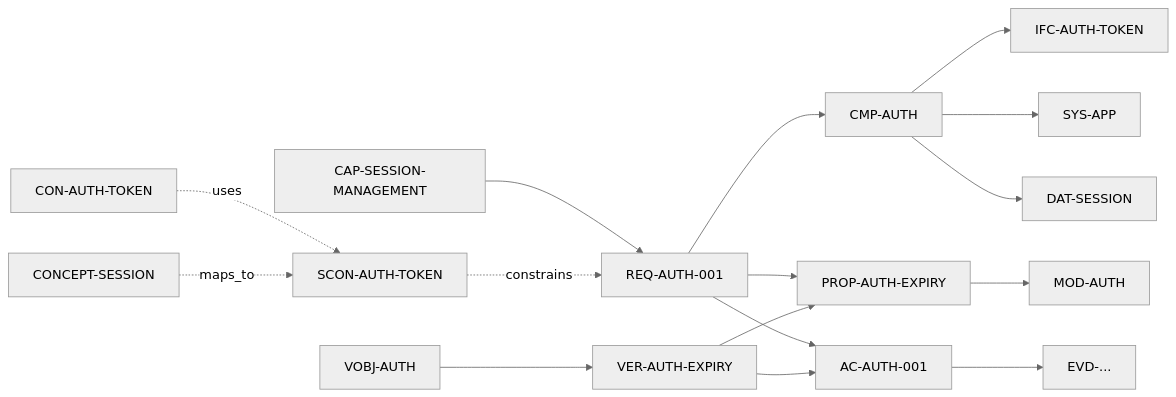
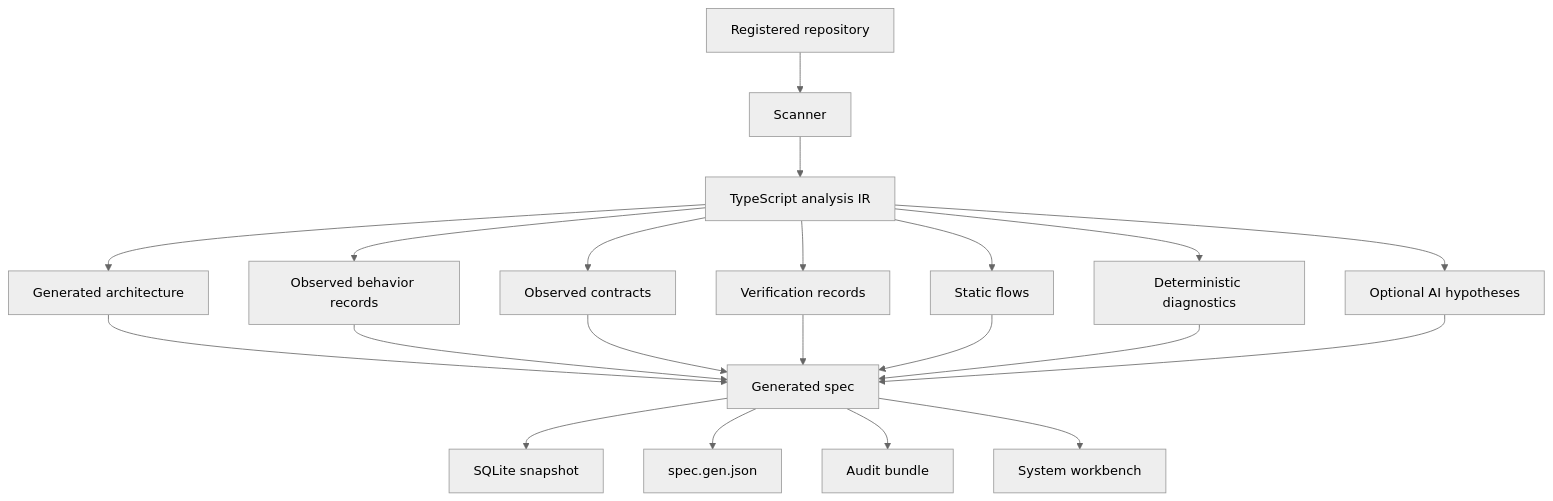
One commit to joaosimsic/spec-framework changed the diagram in docs/architecture/overview.md. Above: the diagram before and after it, drawn with Mermaid (neutral theme). The commit also changed other lines of this file and 448 other files, not shown here.

````diff
--- a/docs/architecture/overview.md
+++ b/docs/architecture/overview.md
@@ -125,18 +9,23 @@
 ```mermaid
-flowchart LR
-    CAP[CAP-SESSION-MANAGEMENT] --> REQ[REQ-AUTH-001]
-    REQ --> CMP[CMP-AUTH]
-    CMP --> IFC[IFC-AUTH-TOKEN]
-    REQ --> PROP[PROP-AUTH-EXPIRY]
-    PROP --> MOD[MOD-AUTH]
-    CON[CON-AUTH-TOKEN] -.->|uses| SCON[SCON-AUTH-TOKEN]
-    SCON -.->|constrains| REQ
-    REQ --> AC[AC-AUTH-001]
-    VOBJ[VOBJ-AUTH] --> VER[VER-AUTH-EXPIRY]
-    VER --> PROP
-    VER --> AC
-    AC --> EVD[EVD-...]
-    CMP --> SYS[SYS-APP]
-    CMP --> DAT[DAT-SESSION]
-    CONCEPT[CONCEPT-SESSION] -.->|maps_to| SCON
+flowchart TB
+    ROOT[Registered repository] --> SCAN[Scanner]
+    SCAN --> IR[TypeScript analysis IR]
+    IR --> ARCH[Generated architecture]
+    IR --> REQ[Observed behavior records]
+    IR --> CON[Observed contracts]
+    IR --> VER[Verification records]
+    IR --> FLOW[Static flows]
+    IR --> DIAG[Deterministic diagnostics]
+    IR --> AI[Optional AI hypotheses]
+    ARCH --> SPEC[Generated spec]
+    REQ --> SPEC
+    CON --> SPEC
+    VER --> SPEC
+    FLOW --> SPEC
+    DIAG --> SPEC
+    AI --> SPEC
+    SPEC --> DB[SQLite snapshot]
+    SPEC --> JSON[spec.gen.json]
+    SPEC --> BUNDLE[Audit bundle]
+    SPEC --> UI[System workbench]
 ```
````
